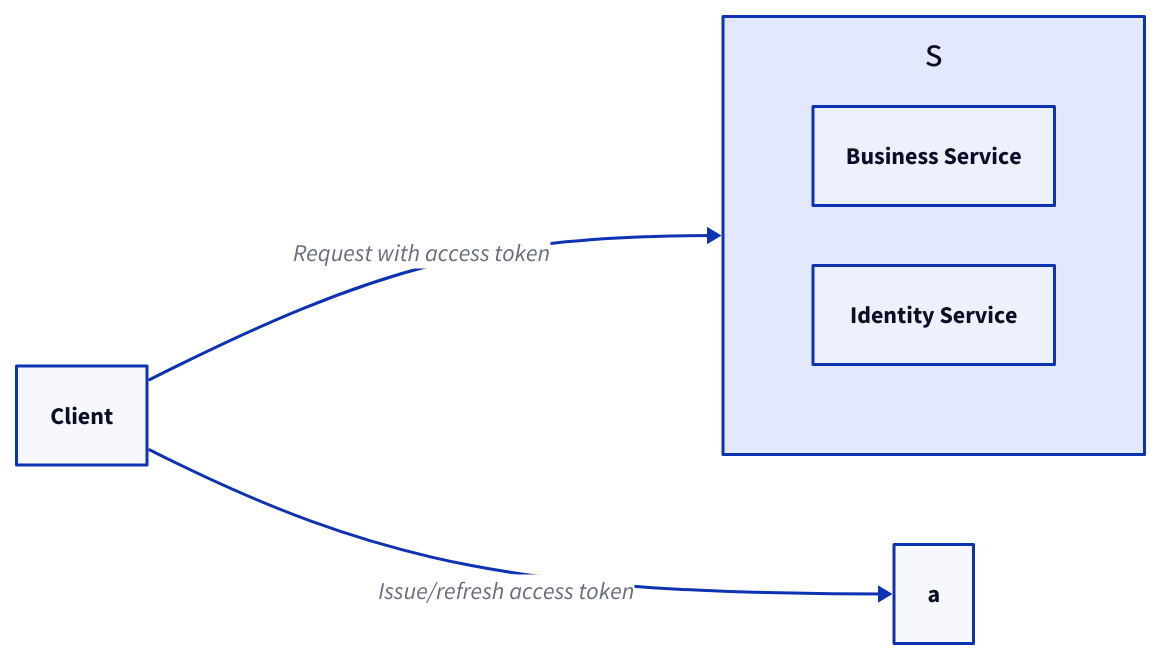
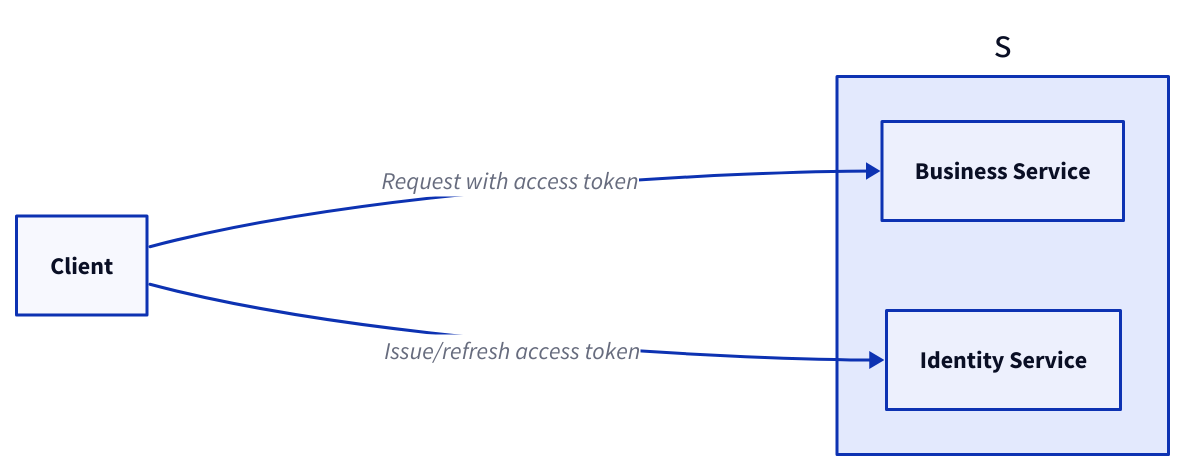
The eighth of 26 diagrams in content/docs/system-administration/system-protection/iam.md (link1905/system-design-101), drawn with D2 before and after one commit. The commit also changed other lines of this file and 21 other files, not shown here.

````diff
--- a/content/docs/system-administration/system-protection/iam.md
+++ b/content/docs/system-administration/system-protection/iam.md
@@ -339,21 +357,17 @@
 ```d2
 direction: right
-
 c: Client {
   class: client
 }
-
 s: {
-  grid-rows: 2
   class: none
   s: Business Service {
     class: server
   }
   a: Identity Service {
     class: server
   }
 }
-
-c -> s: Request with access token
-c -> a: Issue/refresh access token
+c -> s.s: Request with access token
+c -> s.a: Issue/refresh access token
 ```
````
